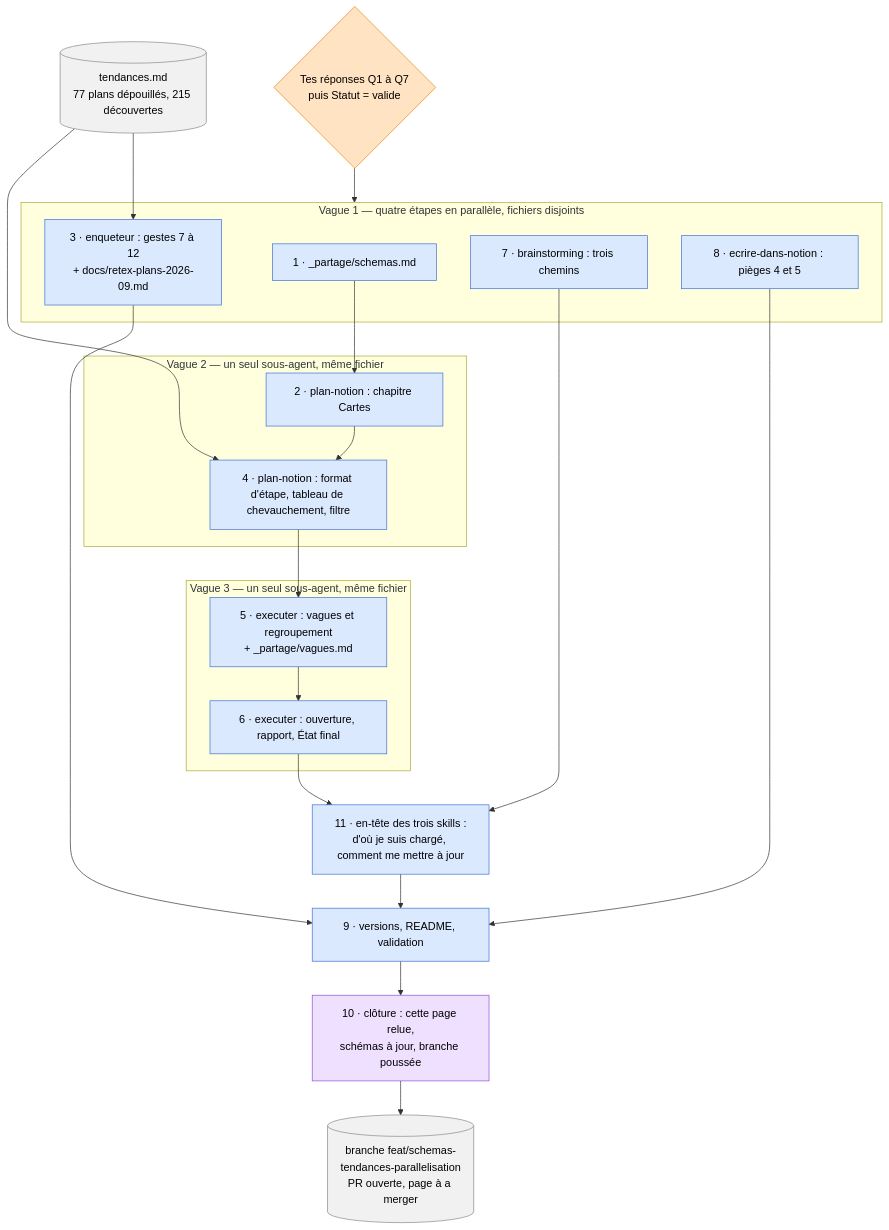
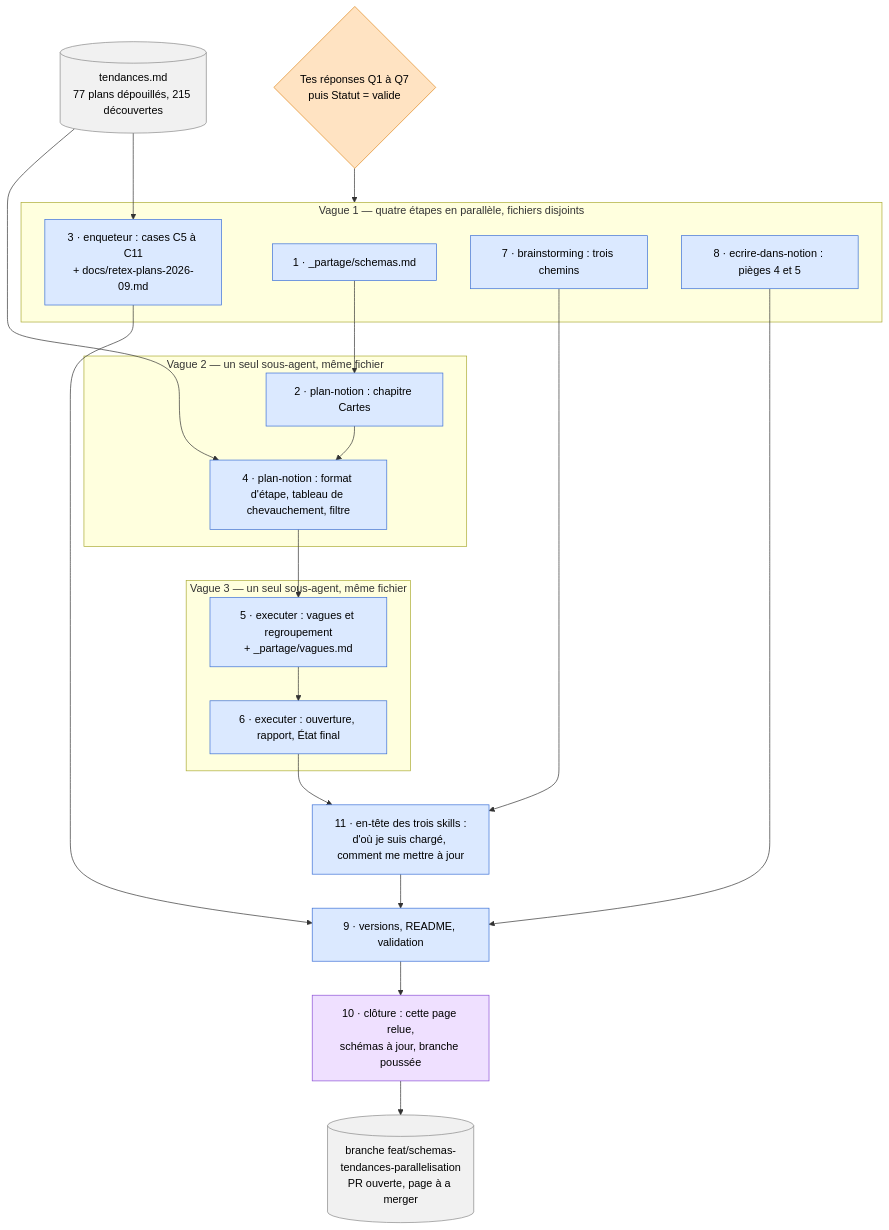
The first of 2 diagrams in plugins/plans-notion/skills/_partage/schemas.md (benjaminge73/mes-skills), drawn with Mermaid before and after one commit. The commit also changed 2 other files, not shown here.

Commit message:
plans-notion : les renvois aux gestes de l'enquêteur pointent les cases de la liste (étape 5)

````diff
--- a/plugins/plans-notion/skills/_partage/schemas.md
+++ b/plugins/plans-notion/skills/_partage/schemas.md
@@ -159,42 +159,42 @@
 ```mermaid
 flowchart TD
   classDef det fill:#dbe9ff,stroke:#3b6fd6,color:#000
   classDef agent fill:#efe0ff,stroke:#8b4fd6,color:#000
   classDef toi fill:#ffe3c2,stroke:#e08a1e,color:#000
   classDef data fill:#f1f1f1,stroke:#888,color:#000
 
   Q{"Tes réponses Q1 à Q7<br>puis Statut = valide"}:::toi
   TEND[("tendances.md<br>77 plans dépouillés, 215 découvertes")]:::data
   subgraph V1["Vague 1 — quatre étapes en parallèle, fichiers disjoints"]
     E1["1 · _partage/schemas.md"]:::det
-    E3["3 · enqueteur : gestes 7 à 12<br>+ docs/retex-plans-2026-09.md"]:::det
+    E3["3 · enqueteur : cases C5 à C11<br>+ docs/retex-plans-2026-09.md"]:::det
     E7["7 · brainstorming : trois chemins"]:::det
     E8["8 · ecrire-dans-notion : pièges 4 et 5"]:::det
   end
   subgraph V2["Vague 2 — un seul sous-agent, même fichier"]
     E2["2 · plan-notion : chapitre Cartes"]:::det
     E4["4 · plan-notion : format d'étape, tableau de chevauchement, filtre"]:::det
   end
   subgraph V3["Vague 3 — un seul sous-agent, même fichier"]
     E5["5 · executer : vagues et regroupement<br>+ _partage/vagues.md"]:::det
     E6["6 · executer : ouverture, rapport, État final"]:::det
   end
   E11["11 · en-tête des trois skills :<br>d'où je suis chargé, comment me mettre à jour"]:::det
   E9["9 · versions, README, validation"]:::det
   E10["10 · clôture : cette page relue,<br>schémas à jour, branche poussée"]:::agent
   BR[("branche feat/schemas-tendances-parallelisation<br>PR ouverte, page à a merger")]:::data
 
   Q --> V1
   TEND --> E3
   TEND --> E4
   E1 --> E2
   E2 --> E4
   E4 --> E5
   E5 --> E6
   E3 --> E9
   E7 --> E11
   E8 --> E9
   E6 --> E11
   E11 --> E9
   E9 --> E10 --> BR
 ```
````
